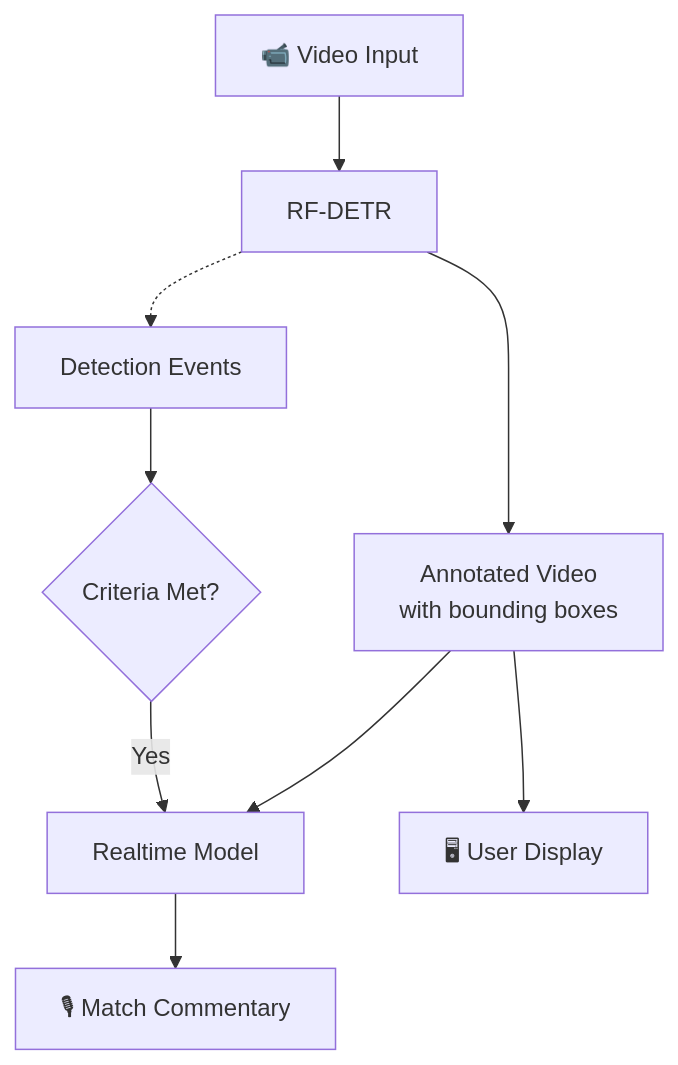
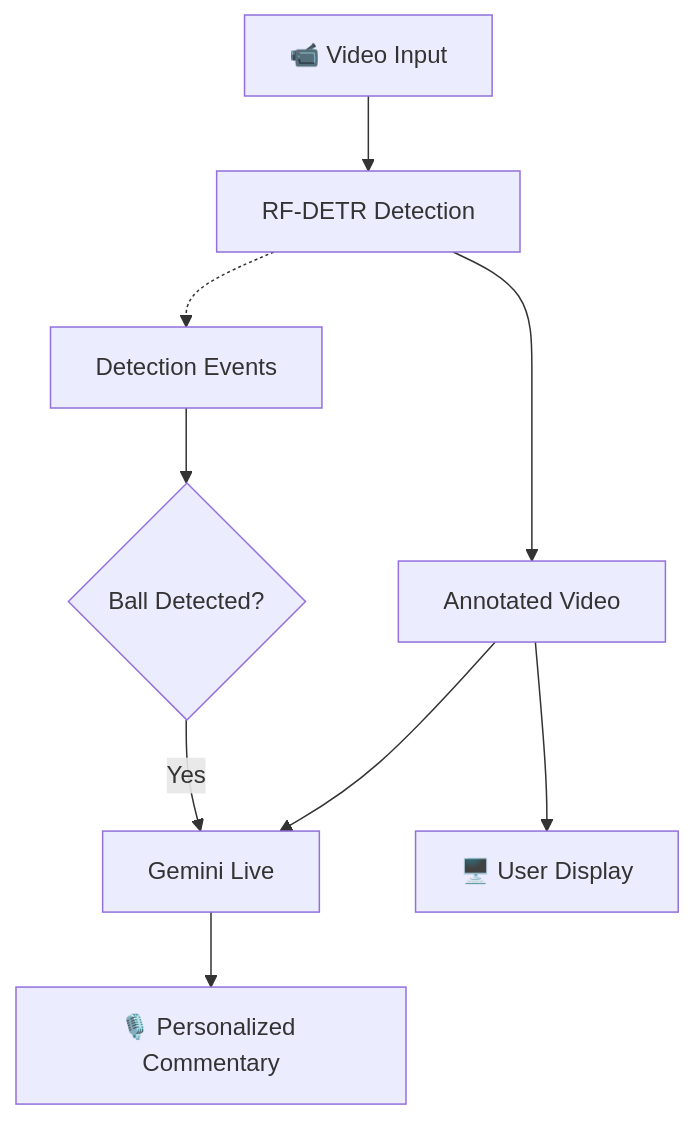
Before and after one commit to dibbaa-code/PersonalizedCommentator: the diagram in README.md, drawn with Mermaid. The commit also changed other lines of this file and 2 other files, not shown here.

Commit message:
add personalized params

````diff
--- a/README.md
+++ b/README.md
@@ -24,11 +27,11 @@
 ```mermaid
 flowchart TD
-    A[📹 Video Input] --> B[RF-DETR]
-    B -.-> C[Detection Events]
-    B --> D[Annotated Video<br>with bounding boxes]
-    C --> E{Criteria Met?}
-    E -->|Yes| F[Realtime Model]
-    D --> G[🖥 User Display]
-    D --> F
-    F --> H[🎙 Match Commentary]
+    A[📹 Video Input] --> B[RF-DETR Detection]
+    B --> C[Annotated Video]
+    B -.-> D[Detection Events]
+    D --> E{Ball Detected?}
+    E -->|Yes| F[Gemini Live]
+    C --> F
+    F --> G[🎙️ Personalized Commentary]
+    C --> H[🖥️ User Display]
 ```
````
